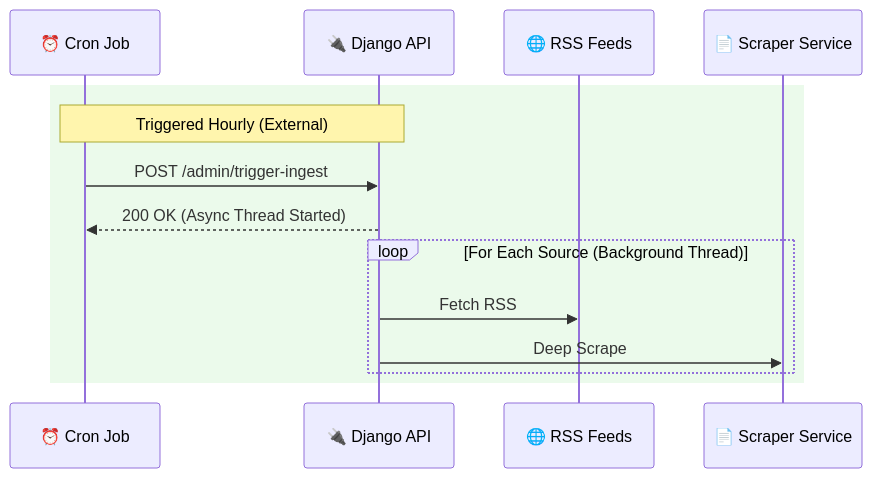
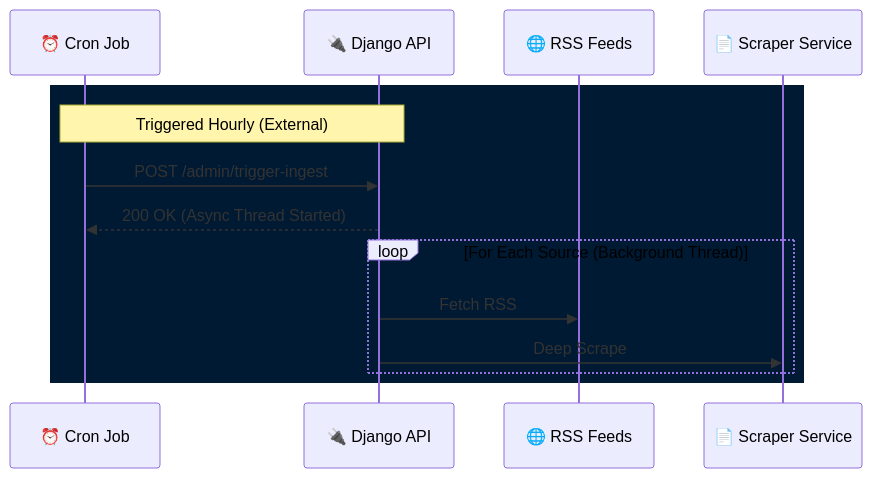
The third of 3 diagrams in README.md (emmanuelrichard01/ULTRA-NEWS), drawn with Mermaid before and after one commit. The commit also changed other lines of this file, not shown here.

Commit message:
style: Update diagram rectangle background colors in README.

````diff
--- a/README.md
+++ b/README.md
@@ -170,18 +170,18 @@
 ```mermaid
 sequenceDiagram
     participant Cron as ⏰ Cron Job
     participant API as 🔌 Django API
     participant RSS as 🌐 RSS Feeds
     participant Traf as 📄 Scraper Service
 
-    rect rgb(235, 250, 235)
+    rect rgb(0, 26, 51)
         Note over Cron,API: Triggered Hourly (External)
         Cron->>API: POST /admin/trigger-ingest
         API-->>Cron: 200 OK (Async Thread Started)
         
         loop For Each Source (Background Thread)
             API->>RSS: Fetch RSS
             API->>Traf: Deep Scrape
         end
     end
 ```
````
